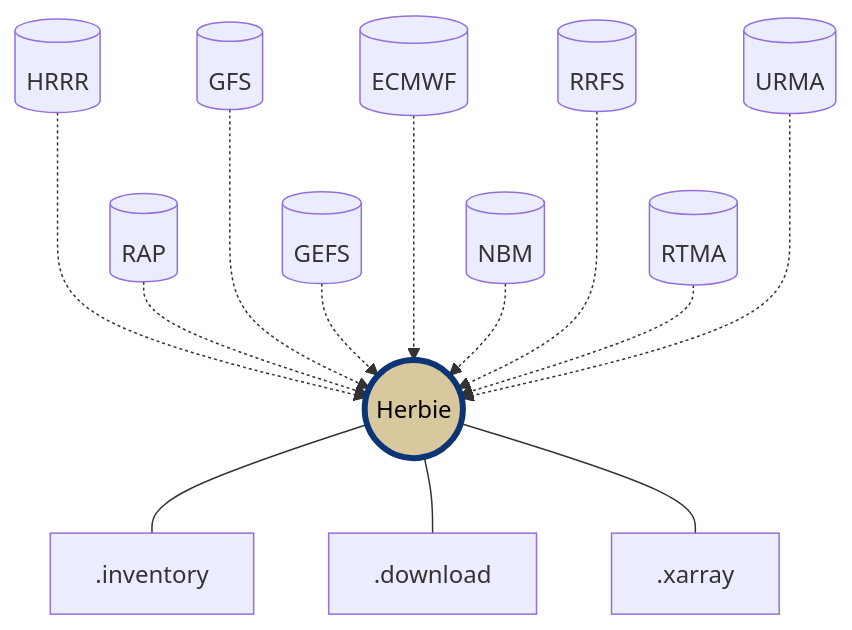
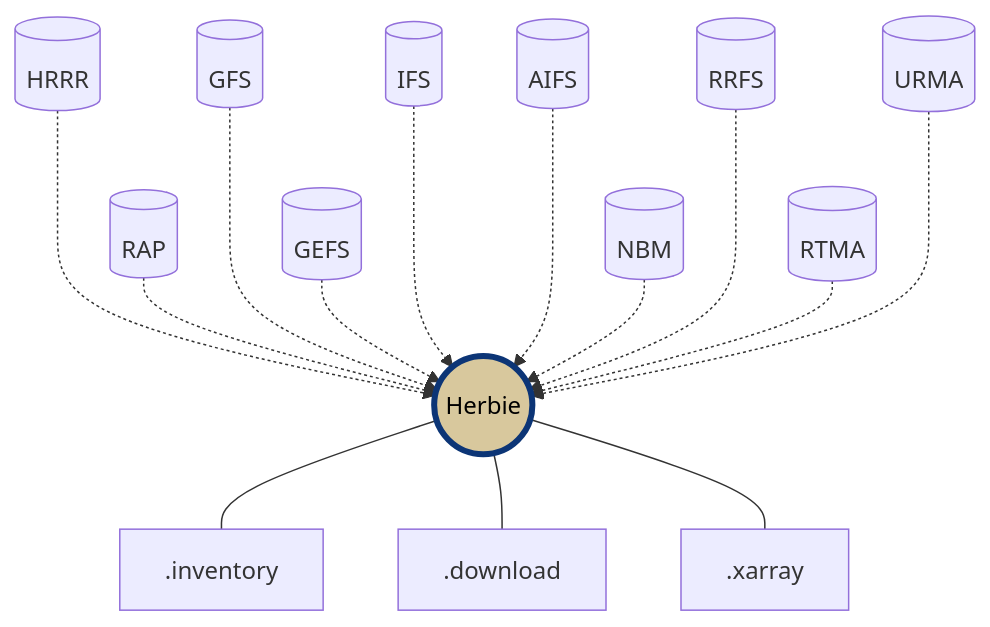
One commit to blaylockbk/Herbie changed the diagram in README.md. Above: the diagram before and after it, drawn with Mermaid. The commit also changed other lines of this file and 1 other file, not shown here.

Commit message:
updated ECMWF notebook

````diff
--- a/README.md
+++ b/README.md
@@ -106,18 +106,19 @@
 ```mermaid
   graph TD;
       d1[(HRRR)] -..-> H
       d2[(RAP)] -.-> H
       d3[(GFS)] -..-> H
       d33[(GEFS)] -.-> H
-      d4[(ECMWF)] -..-> H
+      d4[(IFS)] -..-> H
+      d44[(AIFS)] -..-> H
       d5[(NBM)] -.-> H
       d6[(RRFS)] -..-> H
       d7[(RTMA)] -.-> H
       d8[(URMA)] -..-> H
       H((Herbie))
       H --- .inventory
       H --- .download
       H --- .xarray
 
       style H fill:#d8c89d,stroke:#0c3576,stroke-width:4px,color:#000000
 ```
````
